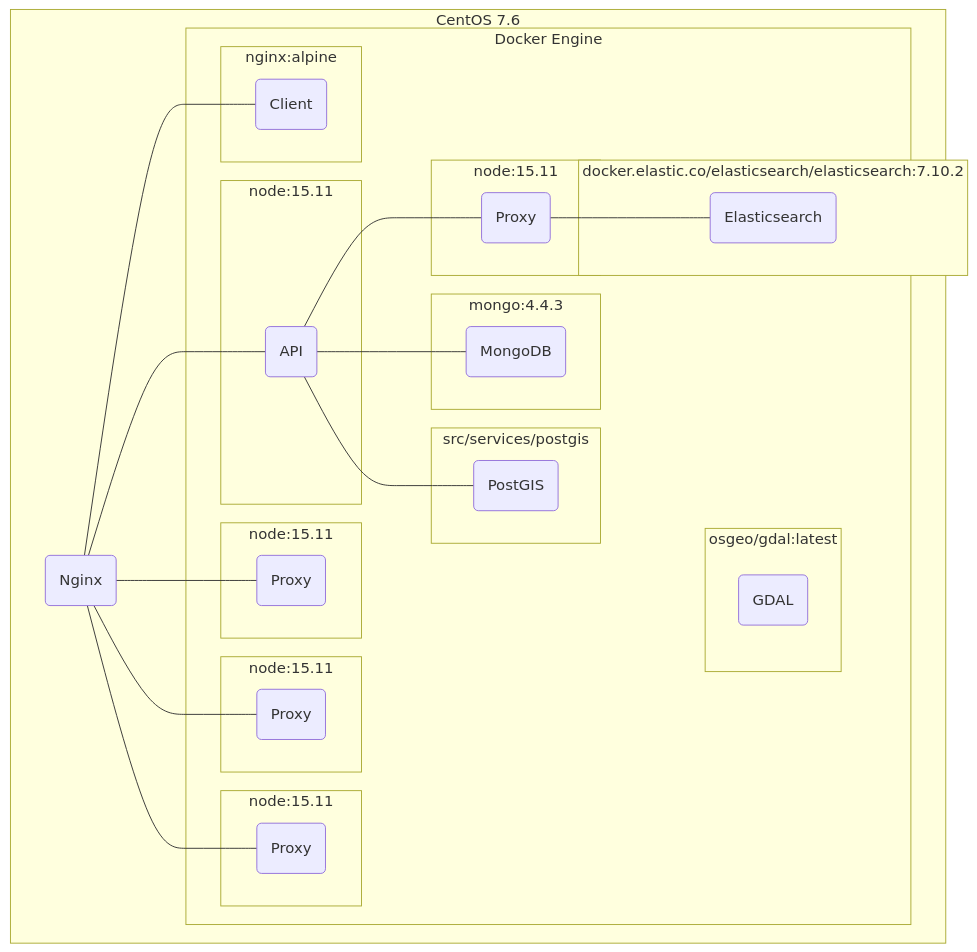
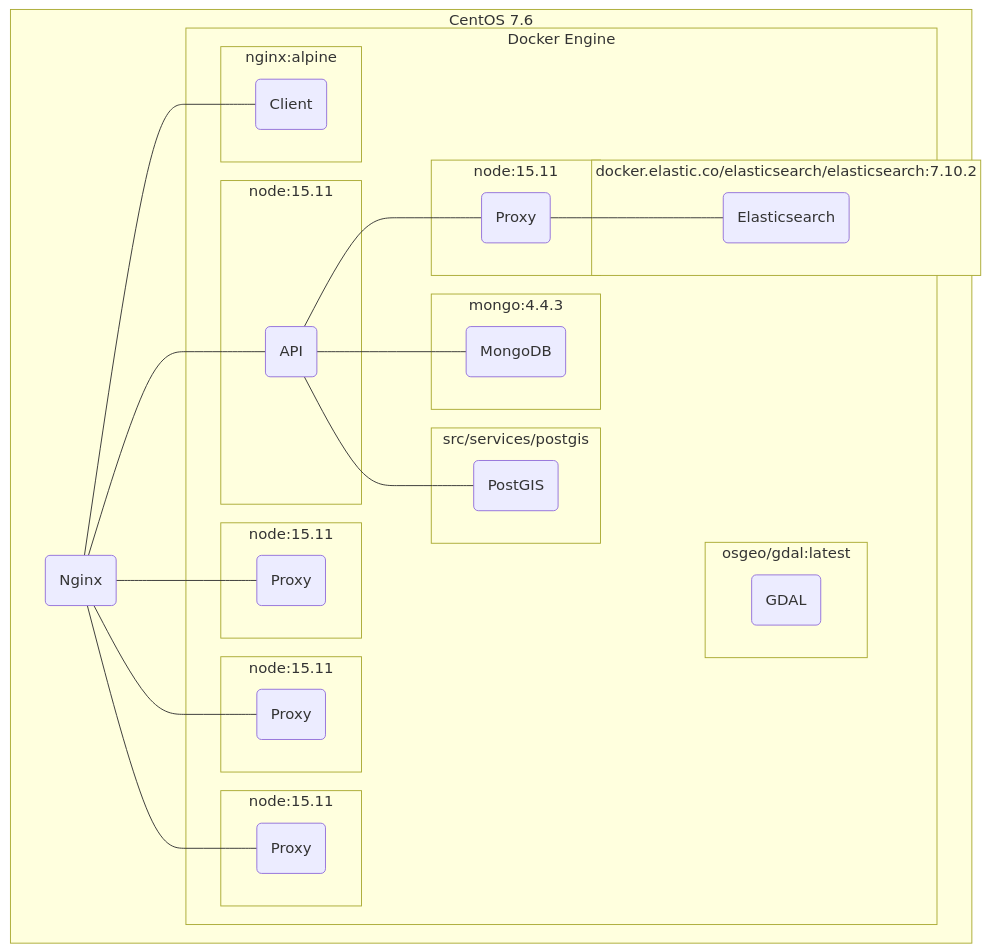
Before and after one commit to SAEON/data-portal: the diagram in diagrams/src/physical-view.mmd, drawn with Mermaid. The commit also changed 1 other file, not shown here.

Commit message:
Updating diagrams

```diff
--- a/diagrams/src/physical-view.mmd
+++ b/diagrams/src/physical-view.mmd
@@ -1,53 +1,53 @@
 graph TD
 
     %% CentOS boundary
-    subgraph 0 ["CentOS 7.6"]
+    subgraph CentOS_boundary ["CentOS 7.6"]
 
         Nginx(Nginx) --- Client
         Nginx --- ClientProxy1
         Nginx --- ClientProxy2
         Nginx --- ClientProxy3
         Nginx --- API
 
         %% Docker Engine boundary
         subgraph Docker_boundary ["Docker Engine"]
 
             %% Docker container boundaries
             subgraph 1 ["nginx:alpine"]
                 Client(Client)
             end
             subgraph 2 ["node:15.11"]
                 API(API)
             end
             subgraph 3a ["node:15.11"]
                 ClientProxy1(Proxy)
             end     
             subgraph 3b ["node:15.11"]
                 ClientProxy2(Proxy)
             end     
             subgraph 3c ["node:15.11"]
                 ClientProxy3(Proxy)
             end                     
             subgraph 4 ["node:15.11"]
                 ApiProxy(Proxy)
             end
             subgraph 5 ["docker.elastic.co/elasticsearch/elasticsearch:7.10.2"]
                 Elasticsearch(Elasticsearch)
             end     
             subgraph 6 ["mongo:4.4.3"]
                 Mongo(MongoDB)
             end    
             subgraph 7 ["src/services/postgis"]
                 PostGIS(PostGIS)
             end
             subgraph 8 ["osgeo/gdal:latest"]
                 GDAL(GDAL)
             end                                          
 
             %% Topology
             API --- ApiProxy
             ApiProxy --- Elasticsearch
             API --- Mongo
             API --- PostGIS
         end
     end
```
